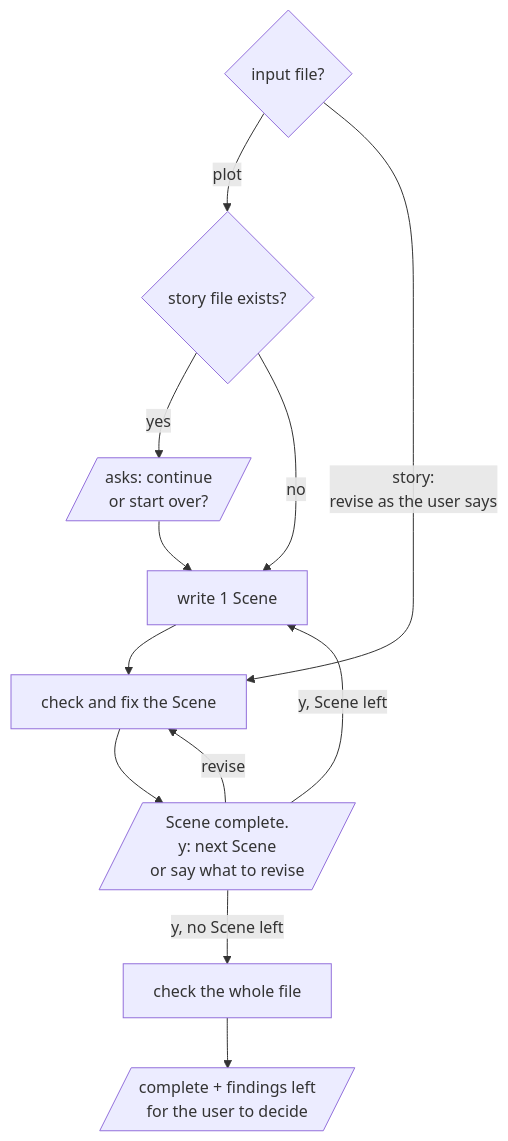
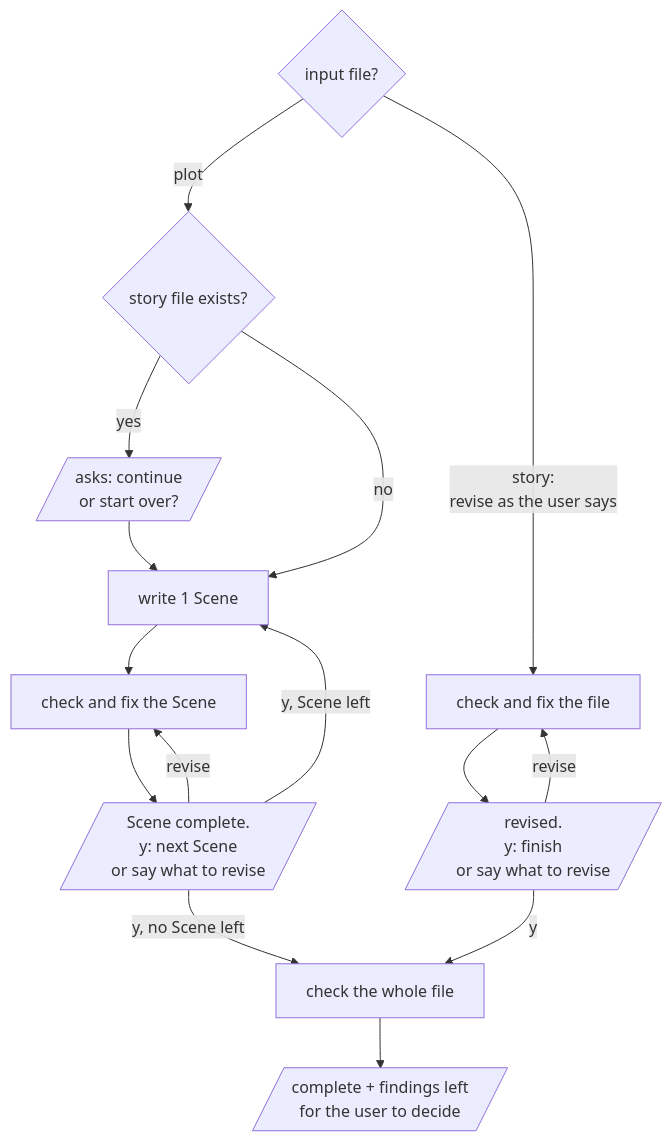
One commit to omni-stove/skill-kit changed the diagram in domains/story/skills/write/README.md. Above: the diagram before and after it, drawn with Mermaid. The commit also changed 11 other files, not shown here.

````diff
--- a/domains/story/skills/write/README.md
+++ b/domains/story/skills/write/README.md
@@ -3,15 +3,18 @@
 ```mermaid
 flowchart TD
   input{input file?}
   input -- "plot" --> exists{story file exists?}
   exists -- "yes" --> ask[/asks: continue<br/>or start over?/]
   exists -- "no" --> write
   ask --> write[write 1 Scene]
   write --> check[check and fix the Scene]
   check --> reply[/"Scene complete.<br/>y: next Scene<br/>or say what to revise"/]
   reply -- "y, Scene left" --> write
   reply -- "y, no Scene left" --> final[check the whole file]
   final --> done[/"complete + findings left<br/>for the user to decide"/]
   reply -- "revise" --> check
-  input -- "story:<br/>revise as the user says" --> check
+  input -- "story:<br/>revise as the user says" --> rcheck[check and fix the file]
+  rcheck --> rreply[/"revised.<br/>y: finish<br/>or say what to revise"/]
+  rreply -- "y" --> final
+  rreply -- "revise" --> rcheck
 ```
````
